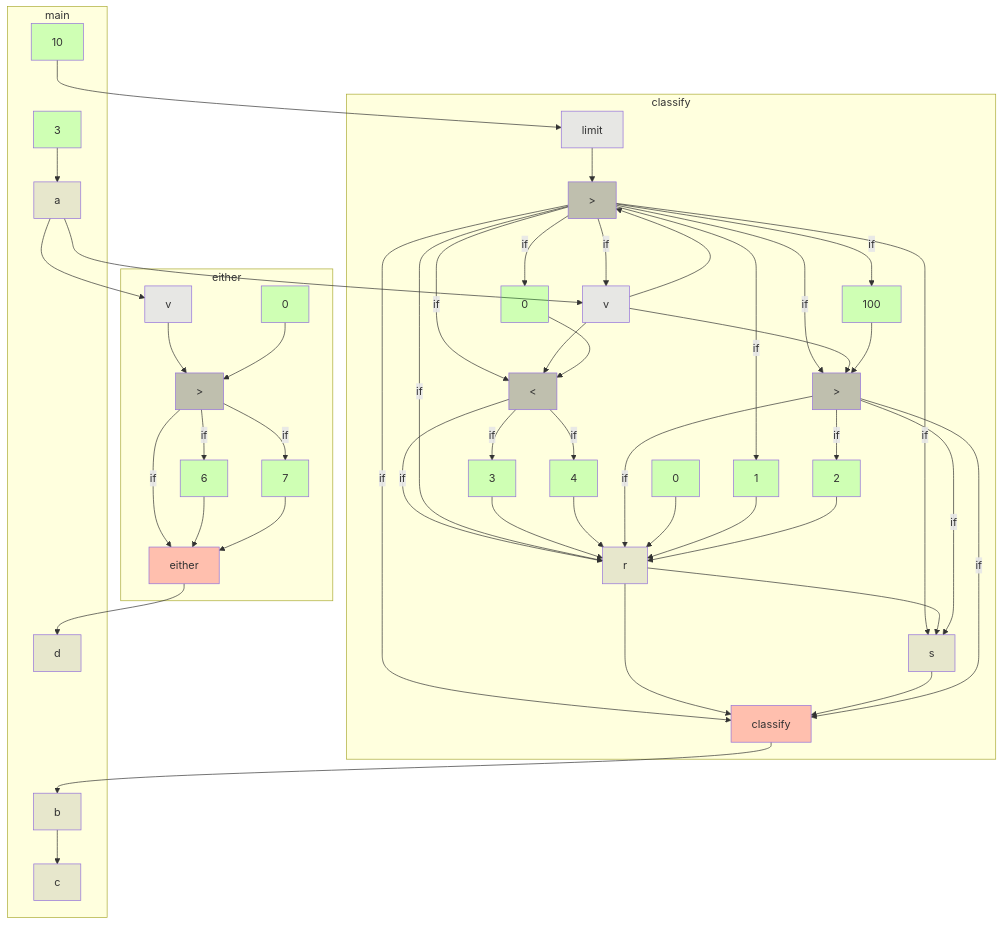
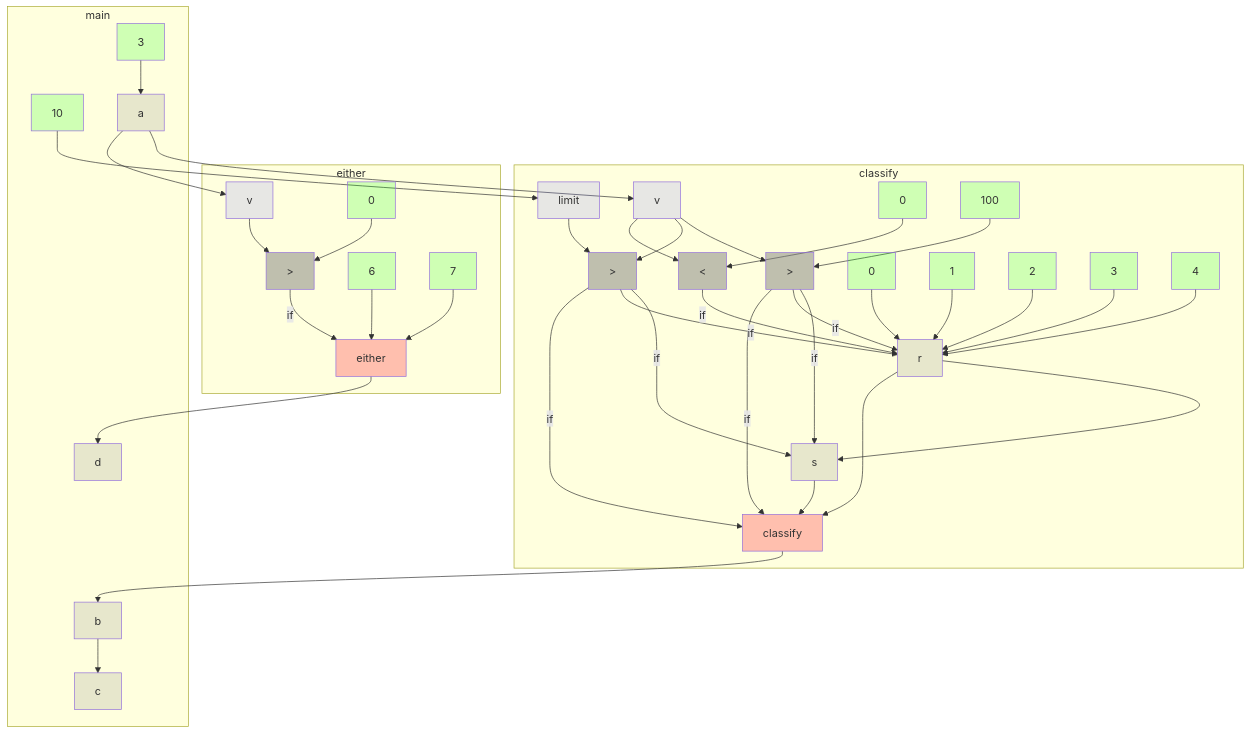
The diagram in app/src/test/resources/if2/spike-truth.md (gstiebler/codeflow), drawn with Mermaid before and after one commit. The commit also changed 21 other files, not shown here.

```diff
--- a/app/src/test/resources/if2/spike-truth.md
+++ b/app/src/test/resources/if2/spike-truth.md
@@ -35,26 +35,16 @@
     n25["c"]:::VARIABLE
     n26["d"]:::VARIABLE
   end
-  n0 -->|if| n10
-  n0 -->|if| n11
   n0 -->|if| n13
-  n1 -->|if| n0
   n1 -->|if| n12
   n1 -->|if| n13
   n1 -->|if| n14
-  n1 -->|if| n2
-  n1 -->|if| n4
-  n1 -->|if| n6
-  n1 -->|if| n7
-  n1 -->|if| n8
   n10 --> n13
   n11 --> n13
   n12 --> n24
   n13 --> n12
   n13 --> n14
   n14 --> n12
-  n15 -->|if| n18
-  n15 -->|if| n19
   n15 -->|if| n20
   n16 --> n15
   n17 --> n15
@@ -63,7 +53,6 @@
   n2 -->|if| n12
   n2 -->|if| n13
   n2 -->|if| n14
-  n2 -->|if| n9
   n20 --> n26
   n21 --> n3
   n22 --> n23
```
